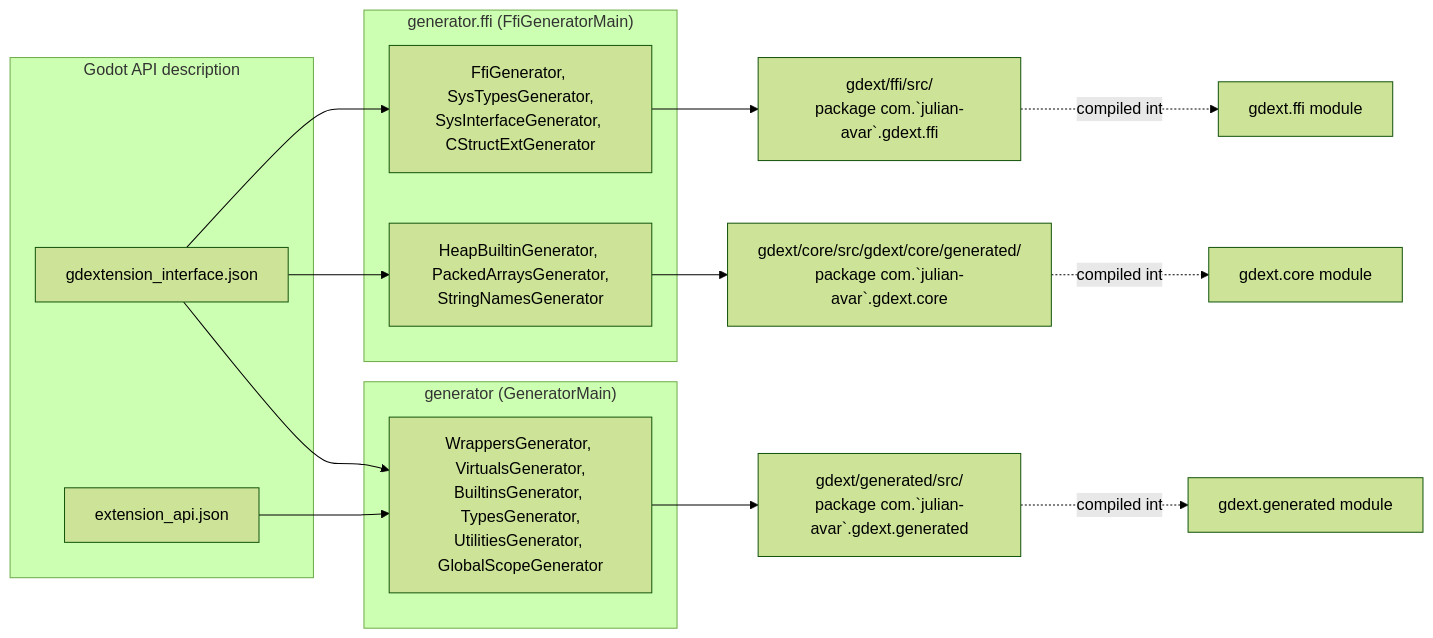
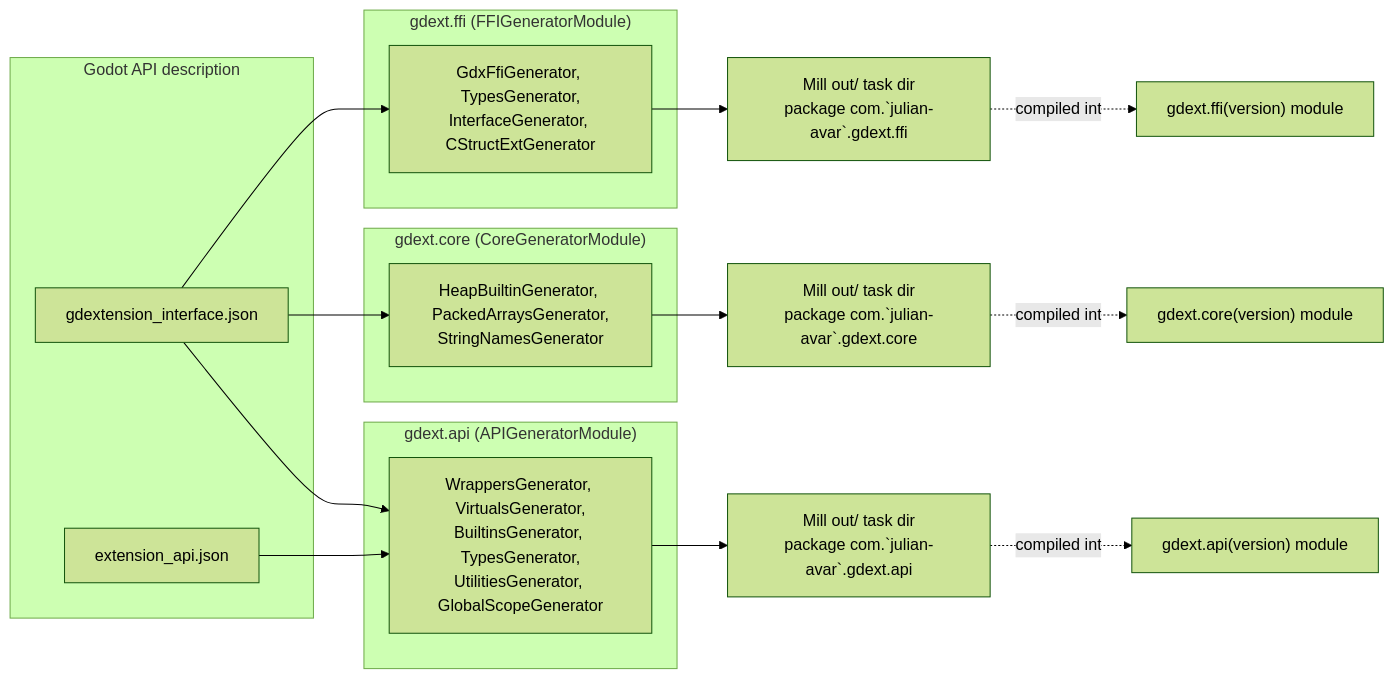
One commit to julian-avar/gdext-sc-native changed the first of 2 diagrams in docs/00-architecture-overview.md. Above: the diagram before and after it, drawn with Mermaid (forest theme). The commit also changed other lines of this file and 53 other files, not shown here.

First line of the commit message:
refactor: replace leaky protected[gdext] virtual overrides with CanCallApi-gated paired virtuals

````diff
--- a/docs/00-architecture-overview.md
+++ b/docs/00-architecture-overview.md
@@ -34,25 +43,28 @@
 ```mermaid
 flowchart LR
     subgraph "Godot API description"
         IFACE["gdextension_interface.json"]
         APIJSON["extension_api.json"]
     end
 
-    subgraph "generator.ffi (FfiGeneratorMain)"
-        FFIGEN["FfiGenerator, SysTypesGenerator,\nSysInterfaceGenerator, CStructExtGenerator"]
+    subgraph "gdext.ffi (FFIGeneratorModule)"
+        FFIGEN["GdxFfiGenerator, TypesGenerator,\nInterfaceGenerator, CStructExtGenerator"]
+    end
+
+    subgraph "gdext.core (CoreGeneratorModule)"
         COREGEN["HeapBuiltinGenerator, PackedArraysGenerator,\nStringNamesGenerator"]
     end
 
-    subgraph "generator (GeneratorMain)"
+    subgraph "gdext.api (APIGeneratorModule)"
         APIGEN["WrappersGenerator, VirtualsGenerator,\nBuiltinsGenerator, TypesGenerator,\nUtilitiesGenerator, GlobalScopeGenerator"]
     end
 
-    IFACE --> FFIGEN --> FFIOUT["gdext/ffi/src/\npackage com.`julian-avar`.gdext.ffi"]
-    IFACE --> COREGEN --> COREOUT["gdext/core/src/gdext/core/generated/\npackage com.`julian-avar`.gdext.core"]
+    IFACE --> FFIGEN --> FFIOUT["Mill out/ task dir\npackage com.`julian-avar`.gdext.ffi"]
+    IFACE --> COREGEN --> COREOUT["Mill out/ task dir\npackage com.`julian-avar`.gdext.core"]
     IFACE --> APIGEN
-    APIJSON --> APIGEN --> APIOUT["gdext/generated/src/\npackage com.`julian-avar`.gdext.generated"]
+    APIJSON --> APIGEN --> APIOUT["Mill out/ task dir\npackage com.`julian-avar`.gdext.api"]
 
-    FFIOUT -.compiled into.-> FFIMOD["gdext.ffi module"]
-    COREOUT -.compiled into.-> COREMOD["gdext.core module"]
-    APIOUT -.compiled into.-> APIMOD["gdext.generated module"]
+    FFIOUT -.compiled into.-> FFIMOD["gdext.ffi(version) module"]
+    COREOUT -.compiled into.-> COREMOD["gdext.core(version) module"]
+    APIOUT -.compiled into.-> APIMOD["gdext.api(version) module"]
 ```
````
